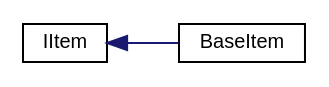
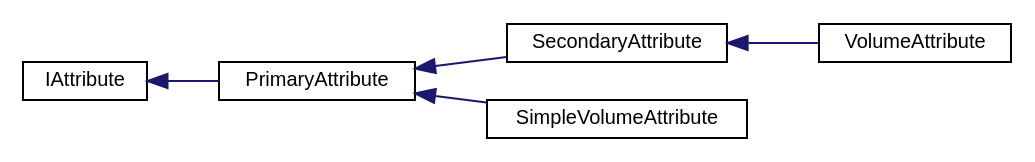
The diagram in inherit_graph_3.dot (PaulSchweizer/ActionRpgKit), drawn with Graphviz before and after one commit. The commit also changed 506 other files, not shown here.

```diff
--- a/inherit_graph_3.dot
+++ b/inherit_graph_3.dot
@@ -1,10 +1,16 @@
 digraph "Graphical Class Hierarchy"
 {
  // INTERACTIVE_SVG=YES
   edge [fontname="Helvetica",fontsize="10",labelfontname="Helvetica",labelfontsize="10"];
   node [fontname="Helvetica",fontsize="10",shape=record];
   rankdir="LR";
-  Node1 [label="IItem",height=0.2,width=0.4,color="black", fillcolor="white", style="filled",URL="$d8/d71/interface_action_rpg_kit_1_1_core_1_1_item_1_1_i_item.xhtml"];
+  Node1 [label="IAttribute",height=0.2,width=0.4,color="black", fillcolor="white", style="filled",URL="$d5/d7e/interface_action_rpg_kit_1_1_character_1_1_attribute_1_1_i_attribute.xhtml",tooltip="Interface for Attributes. "];
   Node1 -> Node2 [dir="back",color="midnightblue",fontsize="10",style="solid",fontname="Helvetica"];
-  Node2 [label="BaseItem",height=0.2,width=0.4,color="black", fillcolor="white", style="filled",URL="$df/d58/class_action_rpg_kit_1_1_core_1_1_item_1_1_base_item.xhtml"];
+  Node2 [label="PrimaryAttribute",height=0.2,width=0.4,color="black", fillcolor="white", style="filled",URL="$d5/ddc/class_action_rpg_kit_1_1_character_1_1_attribute_1_1_primary_attribute.xhtml",tooltip="Represents a simple float value. "];
+  Node2 -> Node3 [dir="back",color="midnightblue",fontsize="10",style="solid",fontname="Helvetica"];
+  Node3 [label="SecondaryAttribute",height=0.2,width=0.4,color="black", fillcolor="white", style="filled",URL="$df/d43/class_action_rpg_kit_1_1_character_1_1_attribute_1_1_secondary_attribute.xhtml",tooltip="The Value is calculated through a given formula. "];
+  Node3 -> Node4 [dir="back",color="midnightblue",fontsize="10",style="solid",fontname="Helvetica"];
+  Node4 [label="VolumeAttribute",height=0.2,width=0.4,color="black", fillcolor="white", style="filled",URL="$d6/ddf/class_action_rpg_kit_1_1_character_1_1_attribute_1_1_volume_attribute.xhtml",tooltip="Represents a volume of something, e.g. magic, life. The base value is derived through a formula and s..."];
+  Node2 -> Node5 [dir="back",color="midnightblue",fontsize="10",style="solid",fontname="Helvetica"];
+  Node5 [label="SimpleVolumeAttribute",height=0.2,width=0.4,color="black", fillcolor="white", style="filled",URL="$db/d9c/class_action_rpg_kit_1_1_character_1_1_attribute_1_1_simple_volume_attribute.xhtml",tooltip="The base value is a simple float as opposed to a formula based. "];
 }
```
